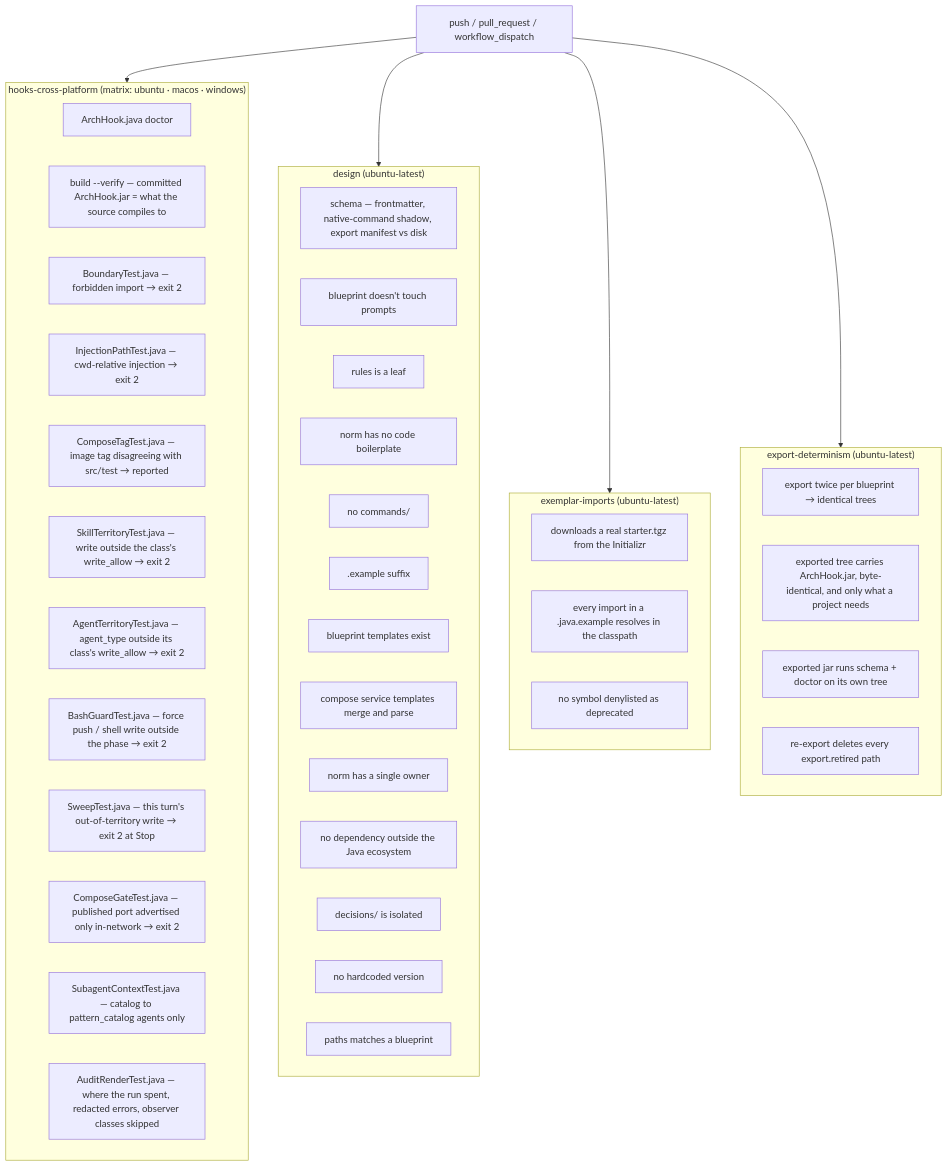
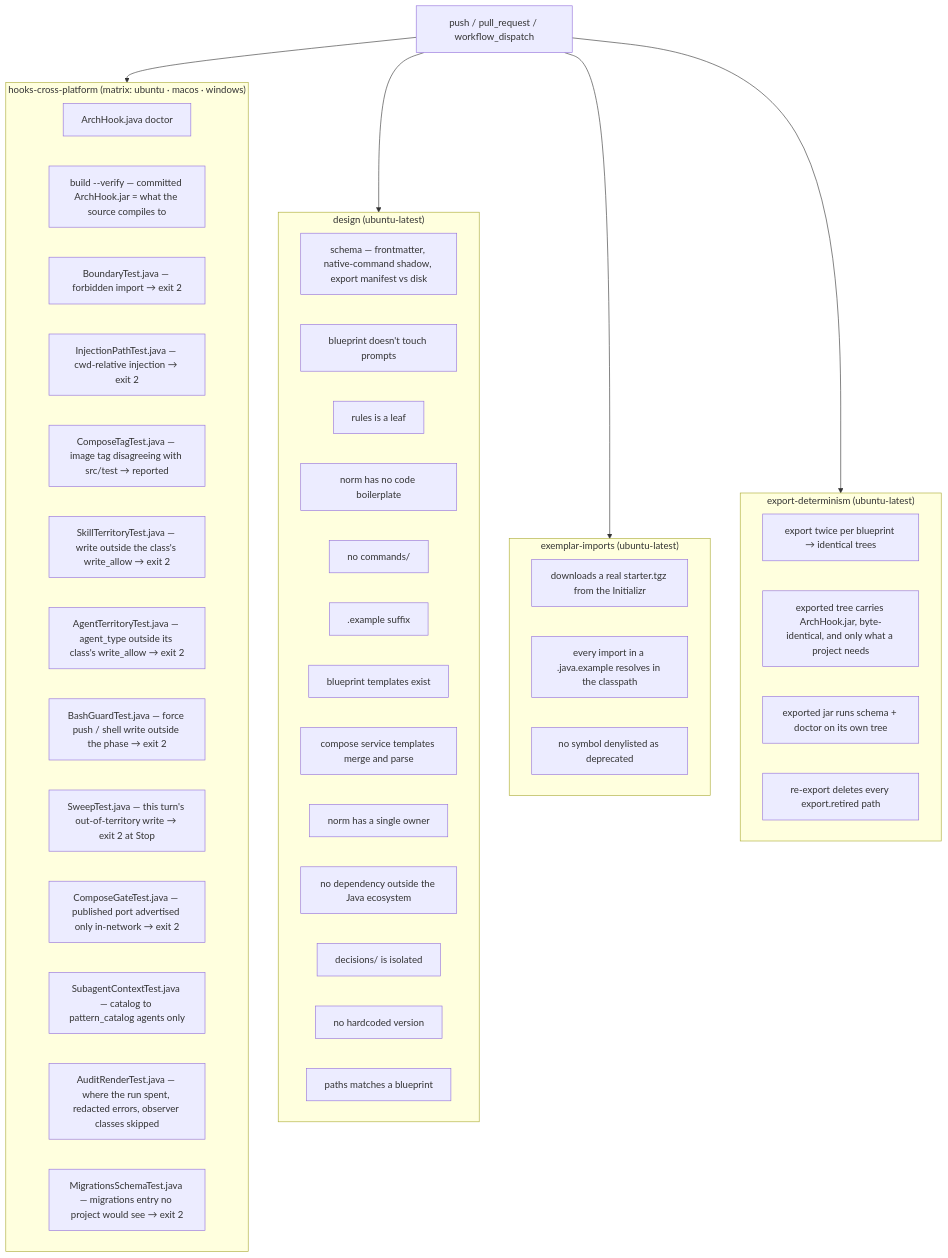
Before and after one commit to ice-lfernandes/claude-spring-architect: the diagram in docs/en/07-ci-validate.md, drawn with Mermaid. The commit also changed other lines of this file and 50 other files, not shown here.

````diff
--- a/docs/en/07-ci-validate.md
+++ b/docs/en/07-ci-validate.md
@@ -17,51 +17,52 @@
 ```mermaid
 flowchart TD
     T[push / pull_request / workflow_dispatch] --> J1
     T --> J2
     T --> J3
     T --> J4
 
     subgraph J1["hooks-cross-platform (matrix: ubuntu · macos · windows)"]
         H1[ArchHook.java doctor]
         H0[build --verify — committed ArchHook.jar = what the source compiles to]
         H2[BoundaryTest.java — forbidden import → exit 2]
         H3[InjectionPathTest.java — cwd-relative injection → exit 2]
         H4[ComposeTagTest.java — image tag disagreeing with src/test → reported]
         H5[SkillTerritoryTest.java — write outside the class's write_allow → exit 2]
         H6[AgentTerritoryTest.java — agent_type outside its class's write_allow → exit 2]
         H7[BashGuardTest.java — force push / shell write outside the phase → exit 2]
         H8[SweepTest.java — this turn's out-of-territory write → exit 2 at Stop]
         H9[ComposeGateTest.java — published port advertised only in-network → exit 2]
         H10[SubagentContextTest.java — catalog to pattern_catalog agents only]
         H11[AuditRenderTest.java — where the run spent, redacted errors, observer classes skipped]
+        H12[MigrationsSchemaTest.java — migrations entry no project would see → exit 2]
     end
 
     subgraph J2["design (ubuntu-latest)"]
         D1[schema — frontmatter, native-command shadow, export manifest vs disk]
         D4[blueprint doesn't touch prompts]
         D5[rules is a leaf]
         D6[norm has no code boilerplate]
         D7[no commands/]
         D8[.example suffix]
         D9[blueprint templates exist]
         D15[compose service templates merge and parse]
         D10[norm has a single owner]
         D11[no dependency outside the Java ecosystem]
         D12[decisions/ is isolated]
         D13[no hardcoded version]
         D14[paths matches a blueprint]
     end
 
     subgraph J3["exemplar-imports (ubuntu-latest)"]
         E1[downloads a real starter.tgz from the Initializr]
         E2[every import in a .java.example resolves in the classpath]
         E3[no symbol denylisted as deprecated]
     end
 
     subgraph J4["export-determinism (ubuntu-latest)"]
         X1[export twice per blueprint → identical trees]
         X2[exported tree carries ArchHook.jar, byte-identical, and only what a project needs]
         X3[exported jar runs schema + doctor on its own tree]
         X4[re-export deletes every export.retired path]
     end
 ```
````
